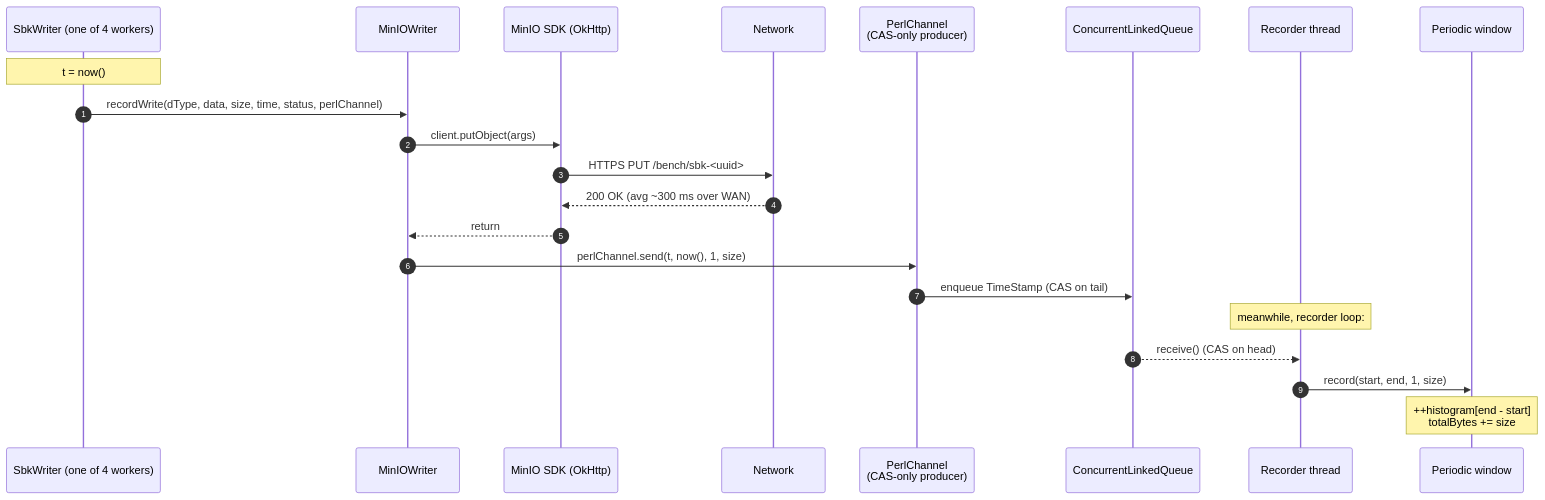
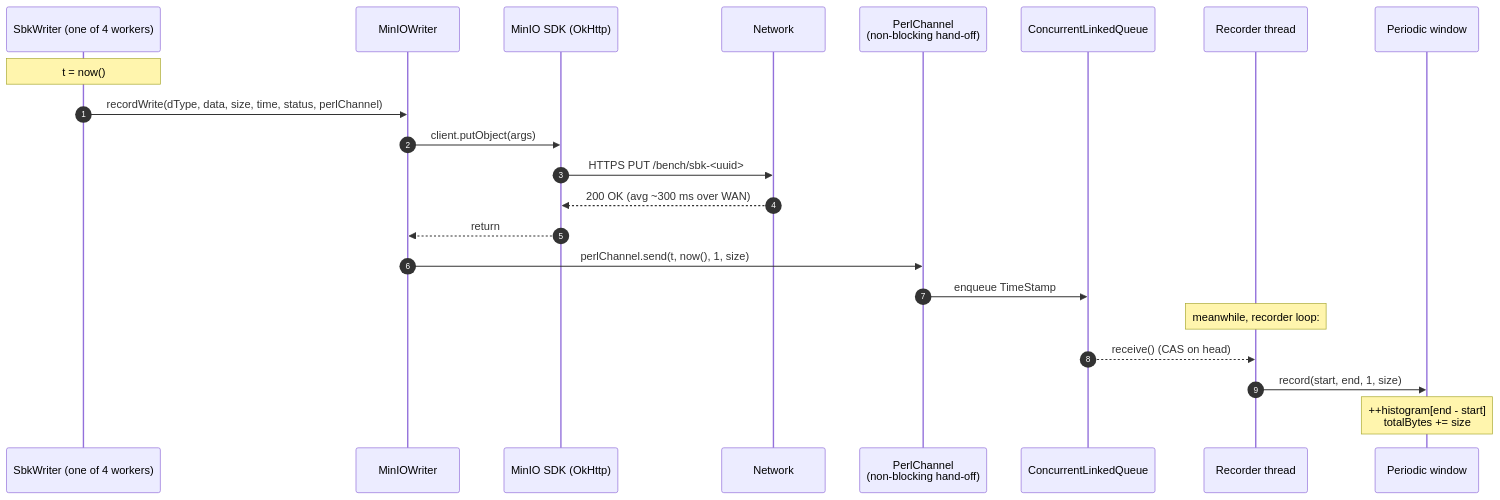
Before and after one commit to kmgowda/SBK: diagram 31 of 36 in docs/sbk-internals.md, drawn with Mermaid. The commit also changed other lines of this file and 1 other file, not shown here.

Commit message:
Improve SBK internals architecture guide

````diff
--- a/docs/sbk-internals.md
+++ b/docs/sbk-internals.md
@@ -1677,26 +2255,26 @@
 ```mermaid
 sequenceDiagram
     autonumber
     participant W as SbkWriter (one of 4 workers)
     participant Drv as MinIOWriter
     participant Sdk as MinIO SDK (OkHttp)
     participant Net as Network
-    participant Ch as PerlChannel<br/>(CAS-only producer)
+    participant Ch as PerlChannel<br/>(non-blocking hand-off)
     participant Q as ConcurrentLinkedQueue
     participant R as Recorder thread
     participant Win as Periodic window
 
     Note over W: t = now()
     W->>Drv: recordWrite(dType, data, size, time, status, perlChannel)
     Drv->>Sdk: client.putObject(args)
     Sdk->>Net: HTTPS PUT /bench/sbk-<uuid>
     Net-->>Sdk: 200 OK (avg ~300 ms over WAN)
     Sdk-->>Drv: return
     Drv->>Ch: perlChannel.send(t, now(), 1, size)
-    Ch->>Q: enqueue TimeStamp (CAS on tail)
+    Ch->>Q: enqueue TimeStamp
 
     Note over R: meanwhile, recorder loop:
     Q-->>R: receive() (CAS on head)
     R->>Win: record(start, end, 1, size)
     Note over Win: ++histogram[end - start]<br/>totalBytes += size
 ```
````
